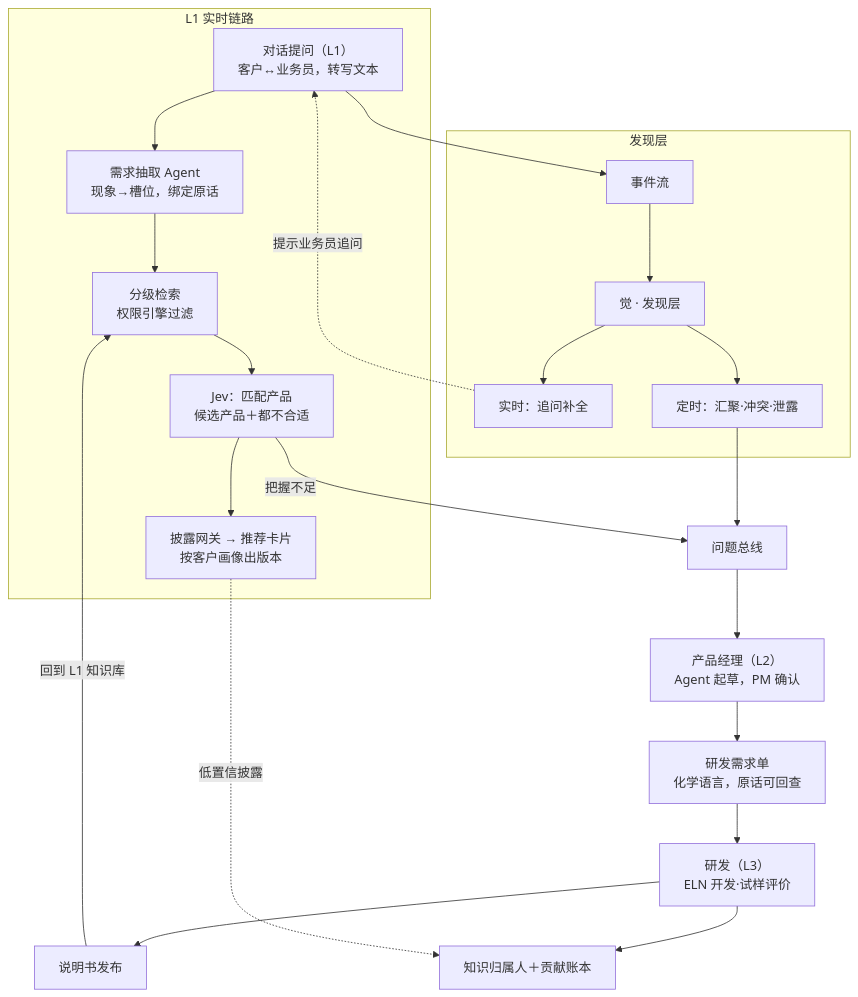
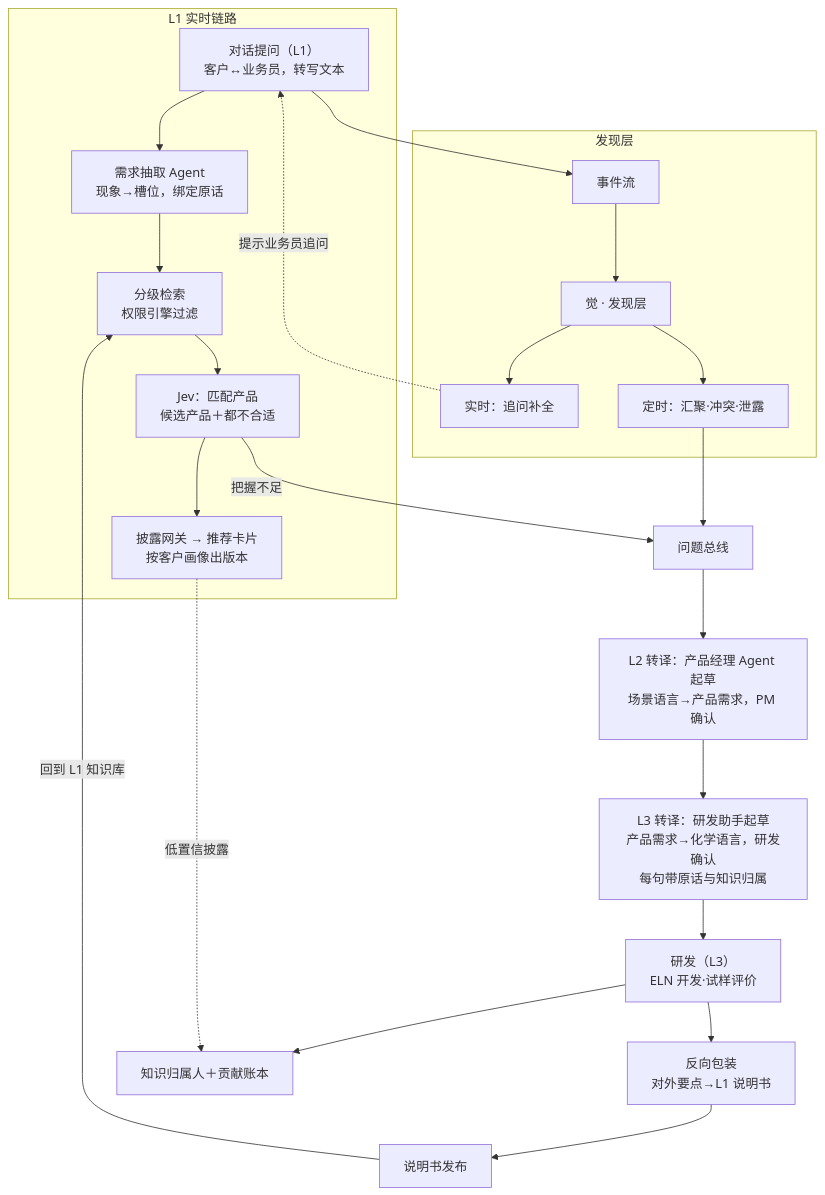
One commit to Deliaru/Hua-Yan changed the diagram in docs/ARCHITECTURE.md. Above: the diagram before and after it, drawn with Mermaid. The commit also changed other lines of this file and 21 other files, not shown here.

````diff
--- a/docs/ARCHITECTURE.md
+++ b/docs/ARCHITECTURE.md
@@ -18,25 +19,26 @@
 ```mermaid
 flowchart TB
   subgraph L1["L1 实时链路"]
     A["对话提问（L1）<br/>客户↔业务员，转写文本"] --> B["需求抽取 Agent<br/>现象→槽位，绑定原话"]
     B --> C["分级检索<br/>权限引擎过滤"]
     C --> D["Jev：匹配产品<br/>候选产品＋都不合适"]
     D --> E["披露网关 → 推荐卡片<br/>按客户画像出版本"]
   end
   subgraph JUE["发现层"]
     R1["事件流"] --> R2["觉 · 发现层"]
     R2 --> R3["实时：追问补全"]
     R2 --> R4["定时：汇聚·冲突·泄露"]
   end
   A --> R1
   R3 -. 提示业务员追问 .-> A
   D -- 把握不足 --> BUS["问题总线"]
   R4 --> BUS
-  BUS --> PM["产品经理（L2）<br/>Agent 起草，PM 确认"]
-  PM --> REQ["研发需求单<br/>化学语言，原话可回查"]
+  BUS --> PM["L2 转译：产品经理 Agent 起草<br/>场景语言→产品需求，PM 确认"]
+  PM --> REQ["L3 转译：研发助手起草<br/>产品需求→化学语言，研发确认<br/>每句带原话与知识归属"]
   REQ --> RD["研发（L3）<br/>ELN 开发·试样评价"]
-  RD --> DOC["说明书发布"]
+  RD --> PKG["反向包装<br/>对外要点→L1 说明书"]
+  PKG --> DOC["说明书发布"]
   DOC -- 回到 L1 知识库 --> C
   RD --> OWN["知识归属人＋贡献账本"]
   E -. 低置信披露 .-> OWN
 ```
````
